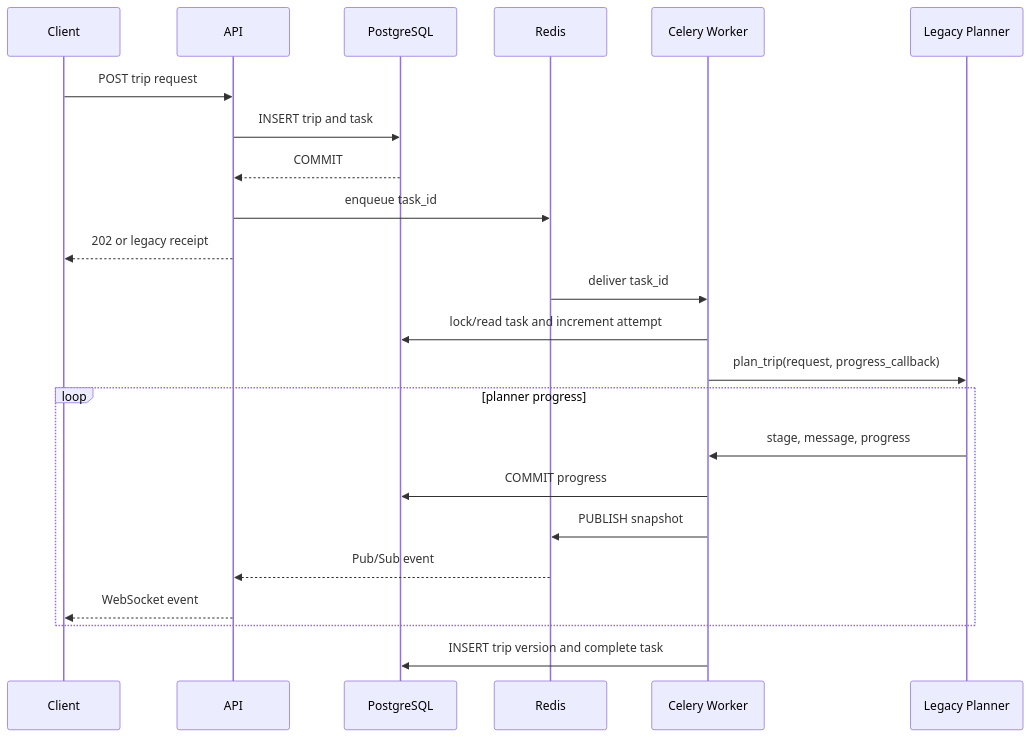
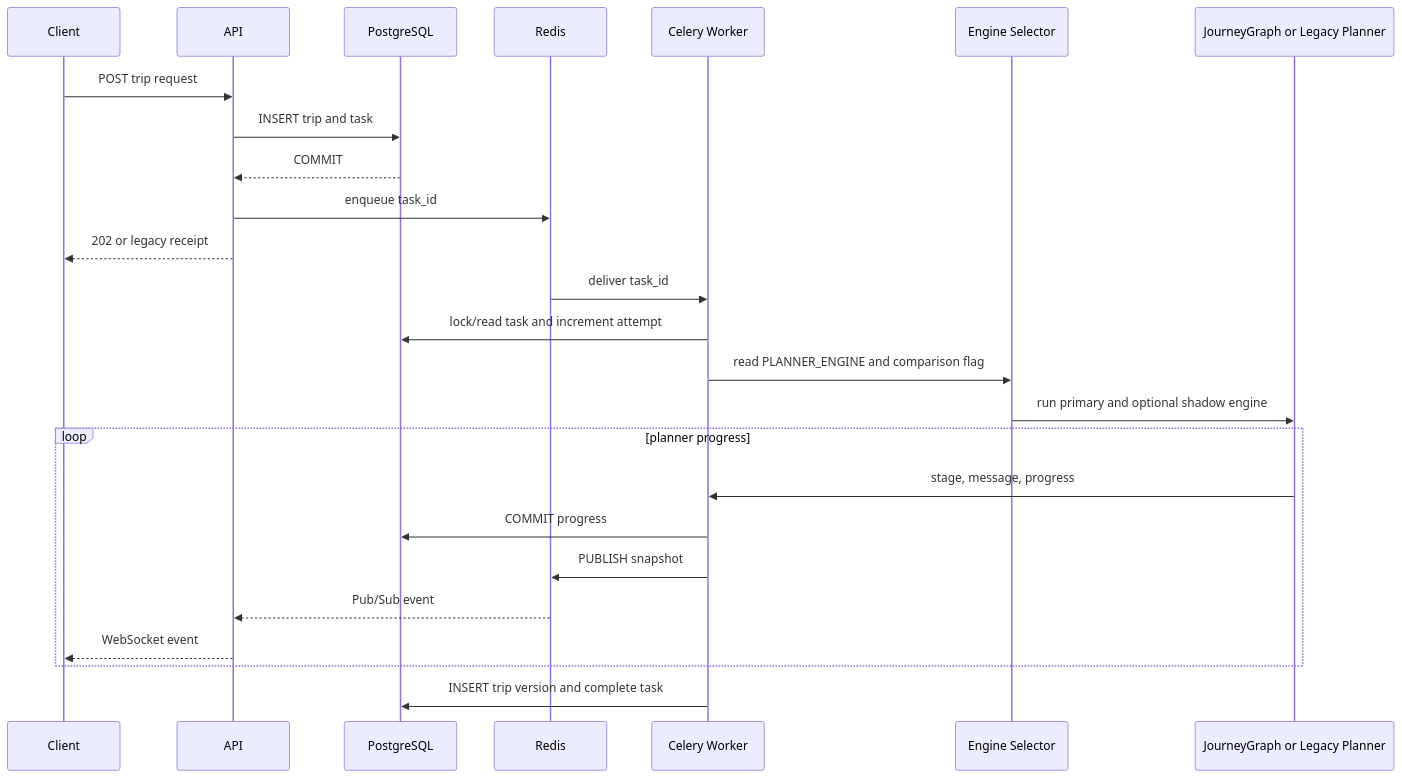
The second of 3 diagrams in docs/ARCHITECTURE.md (Xcaesar1/JourneyOps), drawn with Mermaid before and after one commit. The commit also changed other lines of this file and 5 other files, not shown here.

````diff
--- a/docs/ARCHITECTURE.md
+++ b/docs/ARCHITECTURE.md
@@ -45,26 +58,28 @@
 ```mermaid
 sequenceDiagram
     participant C as Client
     participant A as API
     participant P as PostgreSQL
     participant R as Redis
     participant W as Celery Worker
-    participant L as Legacy Planner
+    participant S as Engine Selector
+    participant G as JourneyGraph or Legacy Planner
 
     C->>A: POST trip request
     A->>P: INSERT trip and task
     P-->>A: COMMIT
     A->>R: enqueue task_id
     A-->>C: 202 or legacy receipt
     R->>W: deliver task_id
     W->>P: lock/read task and increment attempt
-    W->>L: plan_trip(request, progress_callback)
+    W->>S: read PLANNER_ENGINE and comparison flag
+    S->>G: run primary and optional shadow engine
     loop planner progress
-        L->>W: stage, message, progress
+        G->>W: stage, message, progress
         W->>P: COMMIT progress
         W->>R: PUBLISH snapshot
         R-->>A: Pub/Sub event
         A-->>C: WebSocket event
     end
     W->>P: INSERT trip version and complete task
 ```
````
